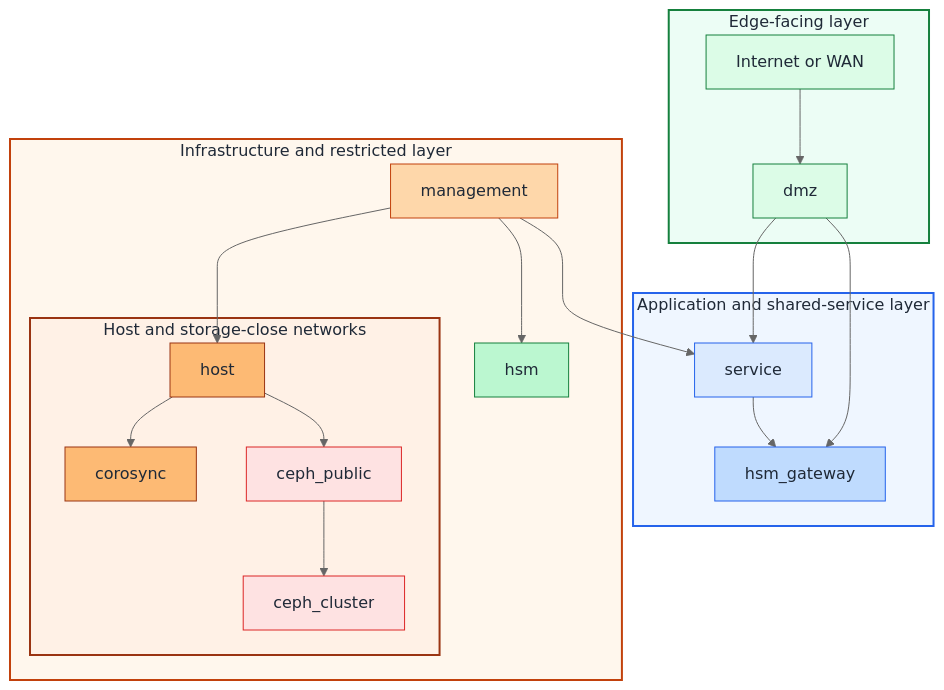
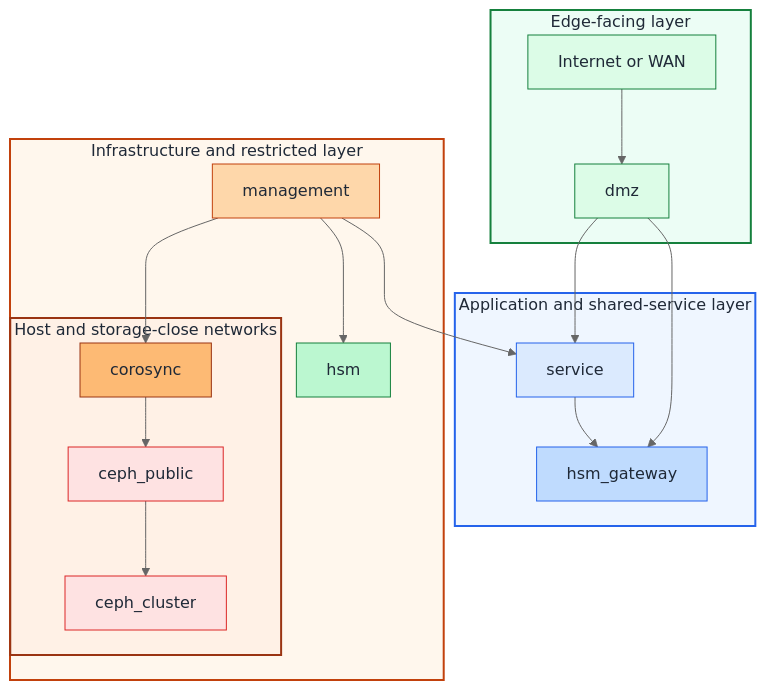
One commit to Rexus/homelab changed the diagram in docs/architecture/network-zones-and-iac-mapping.md. Above: the diagram before and after it, drawn with Mermaid (neutral theme). The commit also changed other lines of this file and 11 other files, not shown here.

````diff
--- a/docs/architecture/network-zones-and-iac-mapping.md
+++ b/docs/architecture/network-zones-and-iac-mapping.md
@@ -32,57 +33,55 @@
 ```mermaid
 flowchart TB
   subgraph Edge["Edge-facing layer"]
     Internet[Internet or WAN]
     DMZ[dmz]
     Internet --> DMZ
   end
 
   subgraph App["Application and shared-service layer"]
     Service[service]
     HSMGateway[hsm_gateway]
   end
 
   subgraph Infra["Infrastructure and restricted layer"]
     Mgmt[management]
     HSM[hsm]
 
     subgraph Fabric["Host and storage-close networks"]
-      Host[host]
       Corosync[corosync]
       CephPublic[ceph_public]
       CephCluster[ceph_cluster]
     end
 
-    Mgmt --> Host
-    Host --> Corosync
-    Host --> CephPublic
+    Mgmt --> Corosync
+    Corosync --> CephPublic
     CephPublic --> CephCluster
   end
 
   DMZ --> Service
   DMZ --> HSMGateway
   Mgmt --> Service
   Service --> HSMGateway
   Mgmt --> HSM
 
   style Edge fill:#ecfdf5,stroke:#15803d,stroke-width:2px,color:#1f2937
   style App fill:#eff6ff,stroke:#2563eb,stroke-width:2px,color:#1f2937
   style Infra fill:#fff7ed,stroke:#c2410c,stroke-width:2px,color:#1f2937
   style Fabric fill:#fff1e6,stroke:#9a3412,stroke-width:2px,color:#1f2937
 
   classDef edgeNode fill:#dcfce7,stroke:#15803d,color:#1f2937
   classDef appNode fill:#dbeafe,stroke:#2563eb,color:#1f2937
   classDef gatewayNode fill:#bfdbfe,stroke:#2563eb,color:#1f2937
   classDef mgmtNode fill:#fed7aa,stroke:#c2410c,color:#1f2937
   classDef proxmoxNode fill:#fdba74,stroke:#9a3412,color:#1f2937
   classDef hsmNode fill:#bbf7d0,stroke:#15803d,color:#1f2937
   classDef cephNode fill:#fee2e2,stroke:#dc2626,color:#1f2937
 
   class Internet,DMZ edgeNode
   class Service appNode
   class HSMGateway gatewayNode
   class Mgmt mgmtNode
-  class Host,Corosync proxmoxNode
+  class Corosync proxmoxNode
   class HSM hsmNode
   class CephPublic,CephCluster cephNode
 ```
````
